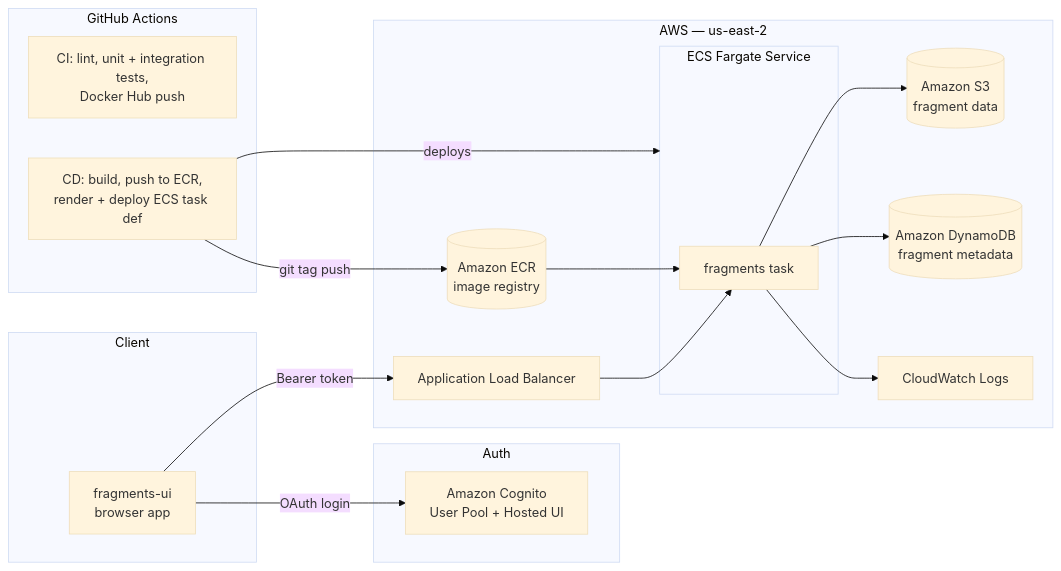
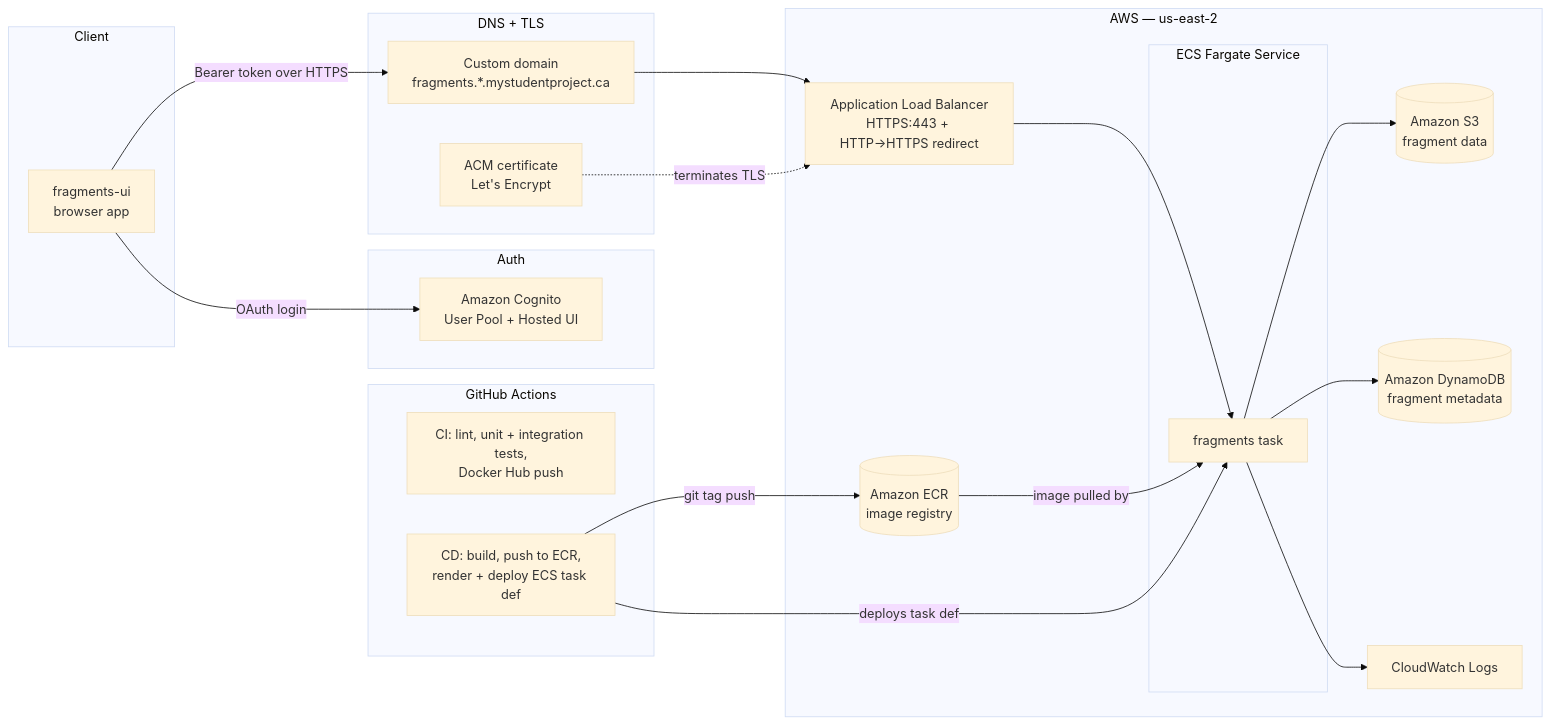
One commit to AjayMaan13/fragments changed the diagram in README.md. Above: the diagram before and after it, drawn with Mermaid (base theme).

````diff
--- a/README.md
+++ b/README.md
@@ -23,36 +23,43 @@
 ```mermaid
 flowchart LR
     subgraph Client
         UI[fragments-ui<br/>browser app]
     end
 
     subgraph Auth
         Cognito[Amazon Cognito<br/>User Pool + Hosted UI]
     end
 
+    subgraph Edge["DNS + TLS"]
+        DNS[Custom domain<br/>fragments.*.mystudentproject.ca]
+        ACM[ACM certificate<br/>Let's Encrypt]
+    end
+
     subgraph AWS["AWS — us-east-2"]
-        ALB[Application Load Balancer]
+        ALB[Application Load Balancer<br/>HTTPS:443 + HTTP→HTTPS redirect]
         subgraph ECS["ECS Fargate Service"]
             Task1[fragments task]
         end
         S3[(Amazon S3<br/>fragment data)]
         Dynamo[(Amazon DynamoDB<br/>fragment metadata)]
         CW[CloudWatch Logs]
         ECR[(Amazon ECR<br/>image registry)]
     end
 
     subgraph CICD["GitHub Actions"]
         CI[CI: lint, unit + integration tests,<br/>Docker Hub push]
         CD[CD: build, push to ECR,<br/>render + deploy ECS task def]
     end
 
     UI -- OAuth login --> Cognito
-    UI -- Bearer token --> ALB
+    UI -- Bearer token over HTTPS --> DNS
+    DNS --> ALB
+    ACM -. terminates TLS .-> ALB
     ALB --> Task1
     Task1 --> S3
     Task1 --> Dynamo
     Task1 --> CW
     CD -- git tag push --> ECR
-    ECR --> Task1
-    CD -- deploys --> ECS
+    ECR -- image pulled by --> Task1
+    CD -- deploys task def --> Task1
 ```
````
